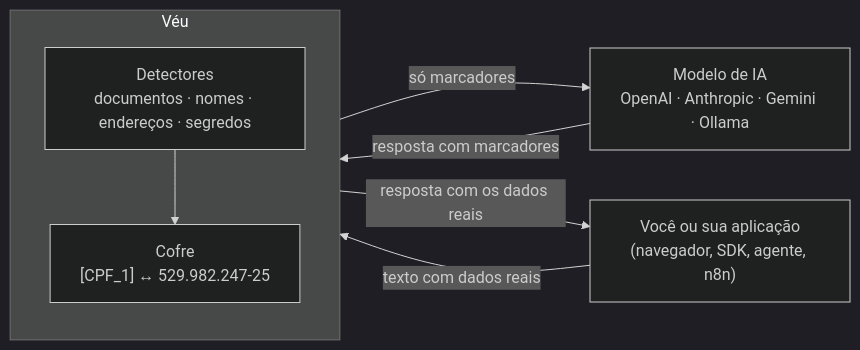
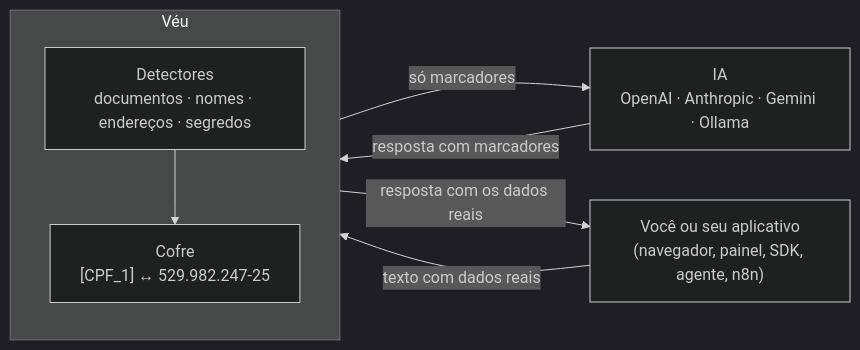
The diagram in README.md (guhttps/veu), drawn with Mermaid (dark theme) before and after one commit. The commit also changed other lines of this file and 31 other files, not shown here.

````diff
--- a/README.md
+++ b/README.md
@@ -100,10 +131,10 @@
 ```mermaid
 flowchart LR
-    A["Você ou sua aplicação<br/>(navegador, SDK, agente, n8n)"] -->|texto com dados reais| V
+    A["Você ou seu aplicativo<br/>(navegador, painel, SDK, agente, n8n)"] -->|texto com dados reais| V
     subgraph V["Véu"]
         D["Detectores<br/>documentos · nomes · endereços · segredos"] --> C["Cofre<br/>[CPF_1] ↔ 529.982.247-25"]
     end
-    V -->|só marcadores| L["Modelo de IA<br/>OpenAI · Anthropic · Gemini · Ollama"]
+    V -->|só marcadores| L["IA<br/>OpenAI · Anthropic · Gemini · Ollama"]
     L -->|resposta com marcadores| V
     V -->|resposta com os dados reais| A
 ```
````
